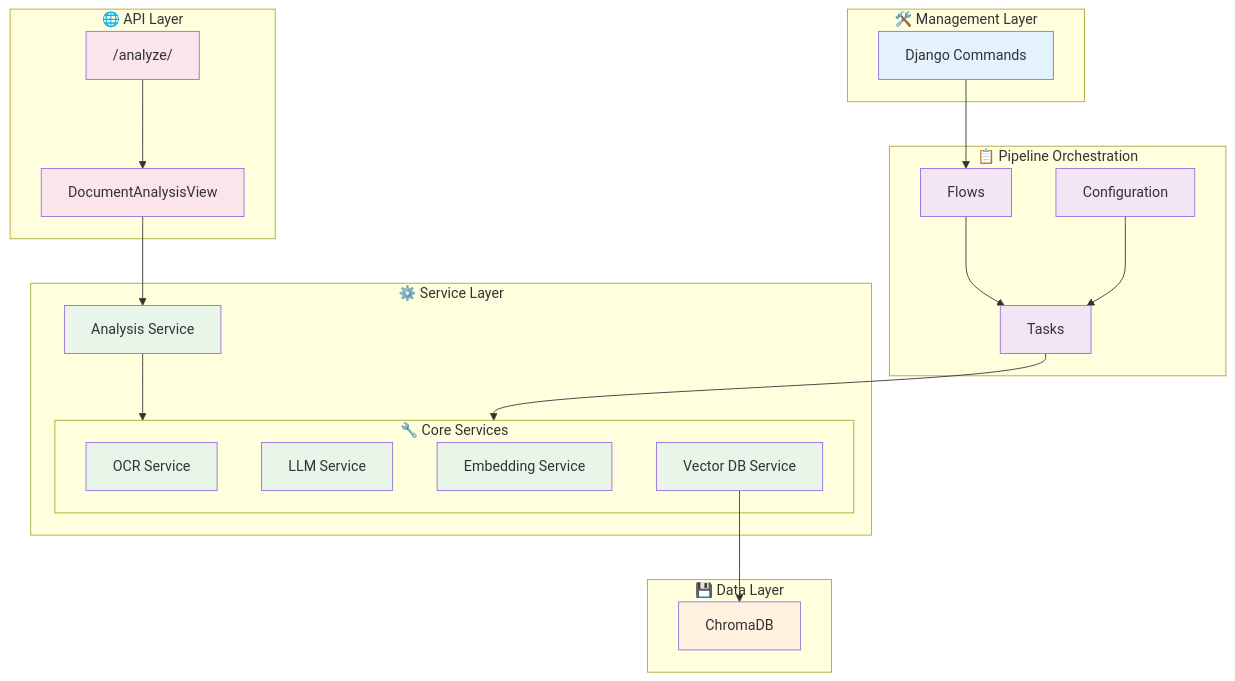
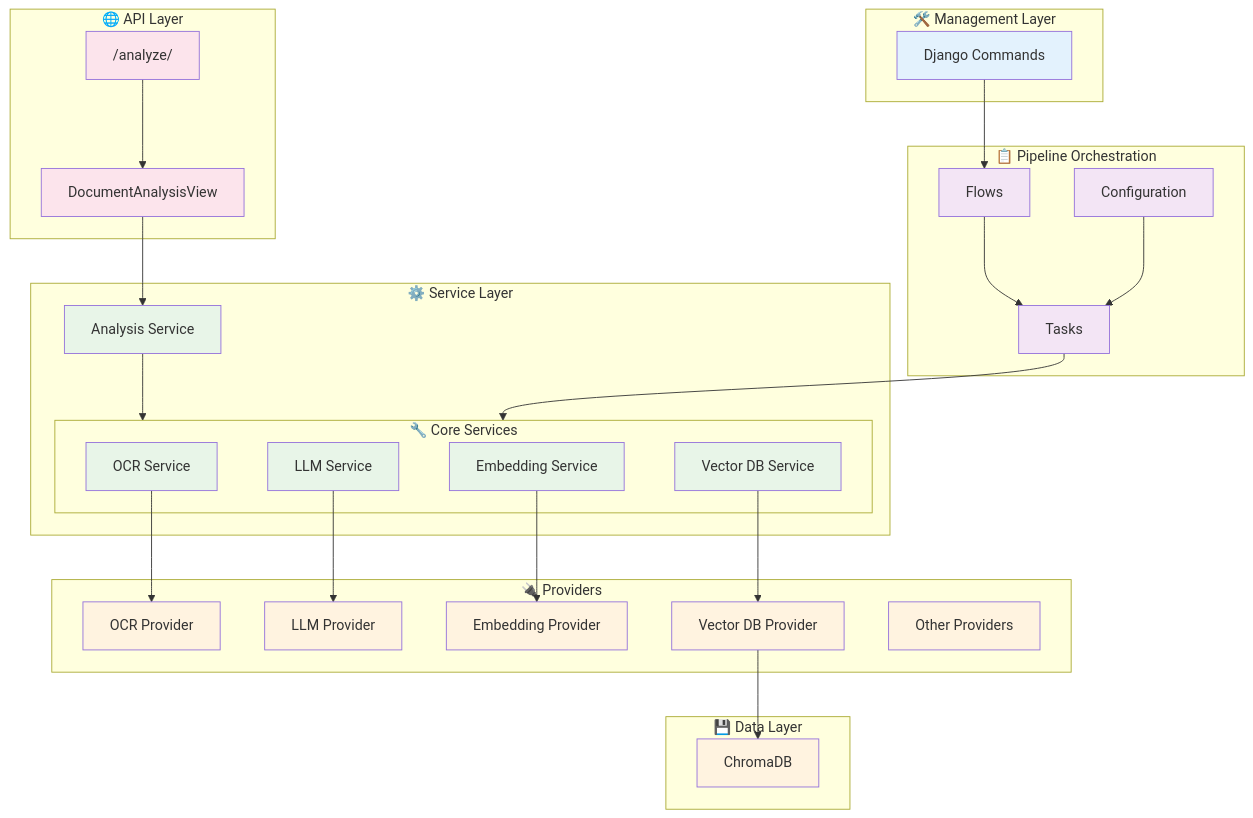
The second of 2 diagrams in README.md (rodcar/smartdoc), drawn with Mermaid before and after one commit. The commit also changed other lines of this file, not shown here.

````diff
--- a/README.md
+++ b/README.md
@@ -100,53 +139,70 @@
 ```mermaid
 graph TB
     subgraph "🛠️ Management Layer"
         CMD[Django Commands]
     end
     
     subgraph "🌐 API Layer"
         API[DocumentAnalysisView]
         ENDPOINT["/analyze/"]
     end
     
     subgraph "📋 Pipeline Orchestration"
         TASKS[Tasks]
         CONFIG[Configuration]
         FLOWS[Flows]
     end
     
     subgraph "⚙️ Service Layer"
         ANALYSIS[Analysis Service]
         subgraph CORE_SERVICES ["🔧 Core Services"]
             OCR[OCR Service]
             LLM[LLM Service]
             EMB[Embedding Service]
             VDB[Vector DB Service]
         end
     end
     
+    subgraph PROVIDERS ["🔌 Providers"]
+        OCR_PROV[OCR Provider]
+        LLM_PROV[LLM Provider]
+        EMB_PROV[Embedding Provider]
+        VDB_PROV[Vector DB Provider]
+        OTHER[Other Providers]
+    end
+    
     subgraph "💾 Data Layer"
         CHROMA[ChromaDB]
     end
     
     ENDPOINT --> API
     CMD --> FLOWS
     FLOWS --> TASKS
     CONFIG --> TASKS
     API --> ANALYSIS
     ANALYSIS --> CORE_SERVICES
     TASKS --> CORE_SERVICES
-    VDB --> CHROMA
+    OCR --> OCR_PROV
+    LLM --> LLM_PROV
+    EMB --> EMB_PROV
+    VDB --> VDB_PROV
+    VDB_PROV --> CHROMA
     
     style CMD fill:#e3f2fd
     style API fill:#fce4ec
     style ENDPOINT fill:#fce4ec
     style FLOWS fill:#f3e5f5
     style TASKS fill:#f3e5f5
     style CONFIG fill:#f3e5f5
     style OCR fill:#e8f5e8
     style LLM fill:#e8f5e8
     style EMB fill:#e8f5e8
     style ANALYSIS fill:#e8f5e8
     style VDB fill:#e8f5e8
+    style OCR_PROV fill:#fff3e0
+    style LLM_PROV fill:#fff3e0
+    style EMB_PROV fill:#fff3e0
+    style VDB_PROV fill:#fff3e0
+    style OTHER fill:#fff3e0
     style CHROMA fill:#fff3e0
 ```
````
